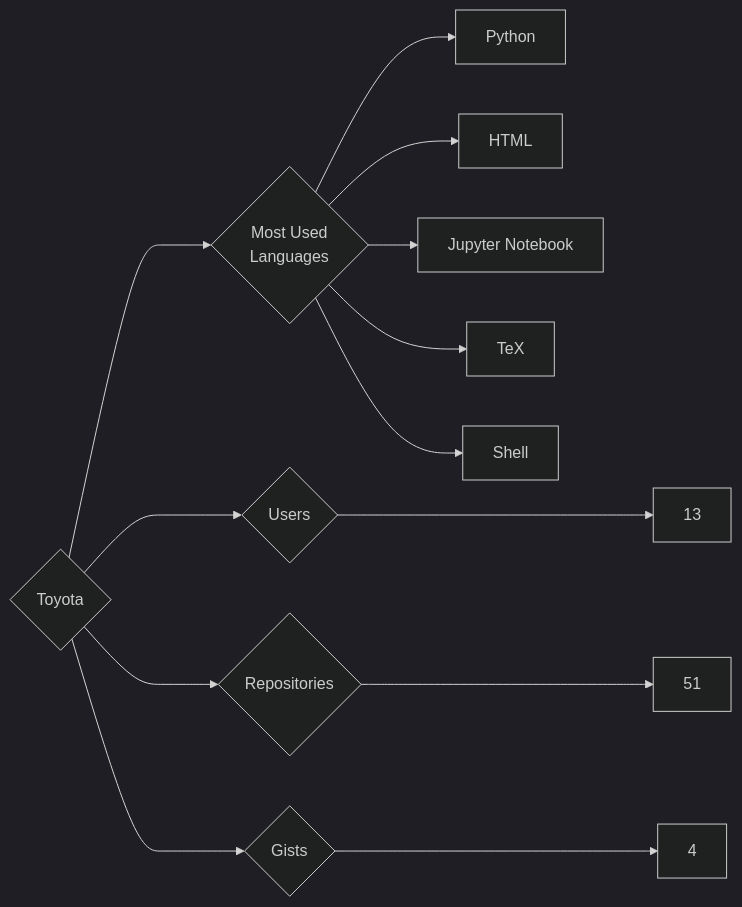
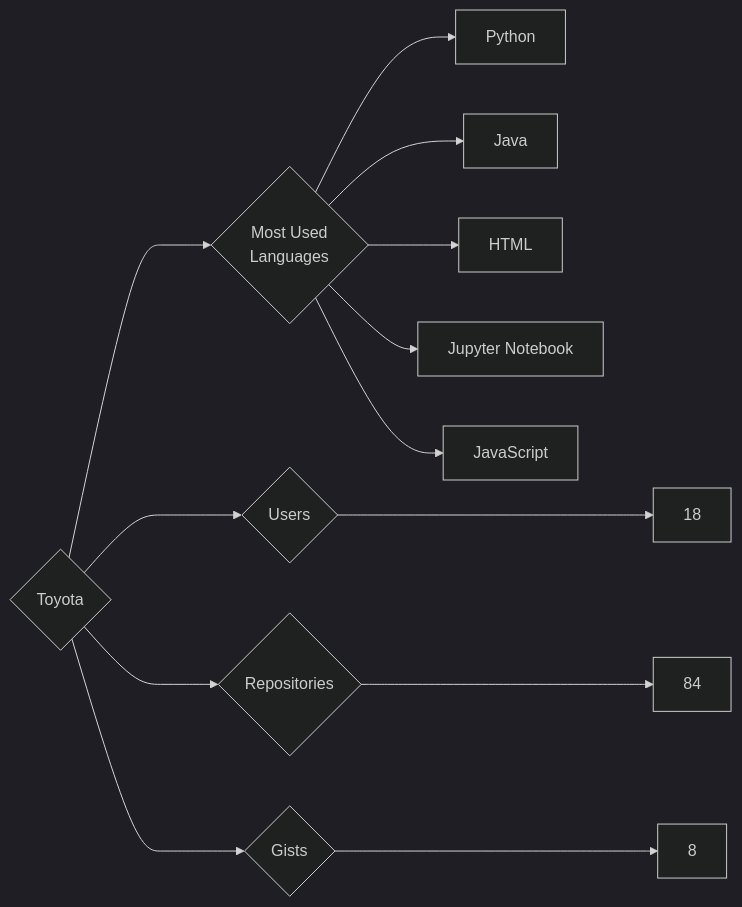
One commit to trickest/insiders changed the diagram in targets/Toyota/README.md. Above: the diagram before and after it, drawn with Mermaid (dark theme). The commit also changed 773 other files, not shown here.

````diff
--- a/targets/Toyota/README.md
+++ b/targets/Toyota/README.md
@@ -3,13 +3,13 @@
 ```mermaid
 graph LR
 COMPANY_NAME{Toyota}
-COMPANY_NAME ---> U{Users} ---> UN[13]
-COMPANY_NAME ---> R{Repositories} ---> RN[51]
-COMPANY_NAME ---> G{Gists} ---> GN[4]
+COMPANY_NAME ---> U{Users} ---> UN[18]
+COMPANY_NAME ---> R{Repositories} ---> RN[84]
+COMPANY_NAME ---> G{Gists} ---> GN[8]
 COMPANY_NAME ---> ML{Most Used<br>Languages}
 ML --> Python[Python]
+ML --> Java[Java]
 ML --> HTML[HTML]
 ML --> Jupyter_Notebook[Jupyter Notebook]
-ML --> TeX[TeX]
-ML --> Shell[Shell]
+ML --> JavaScript[JavaScript]
 ```
````
